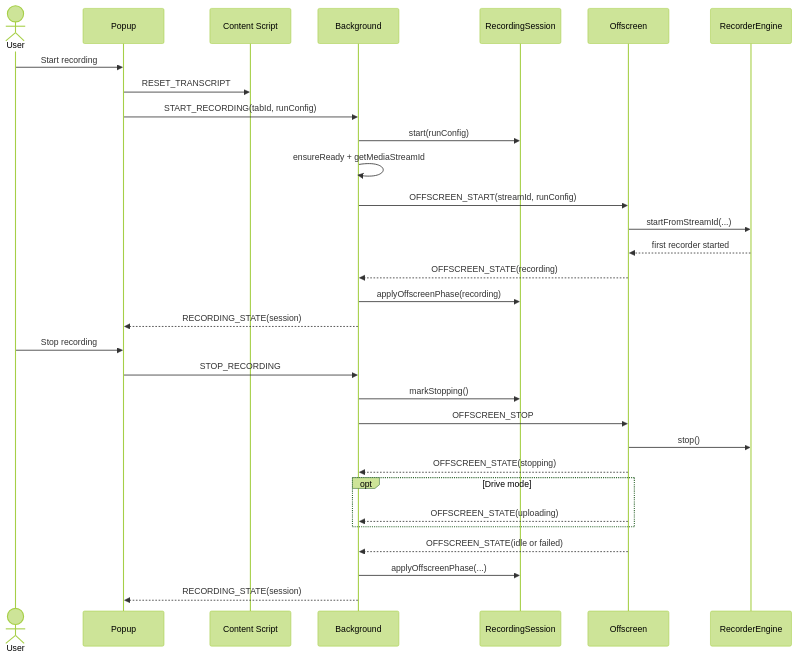
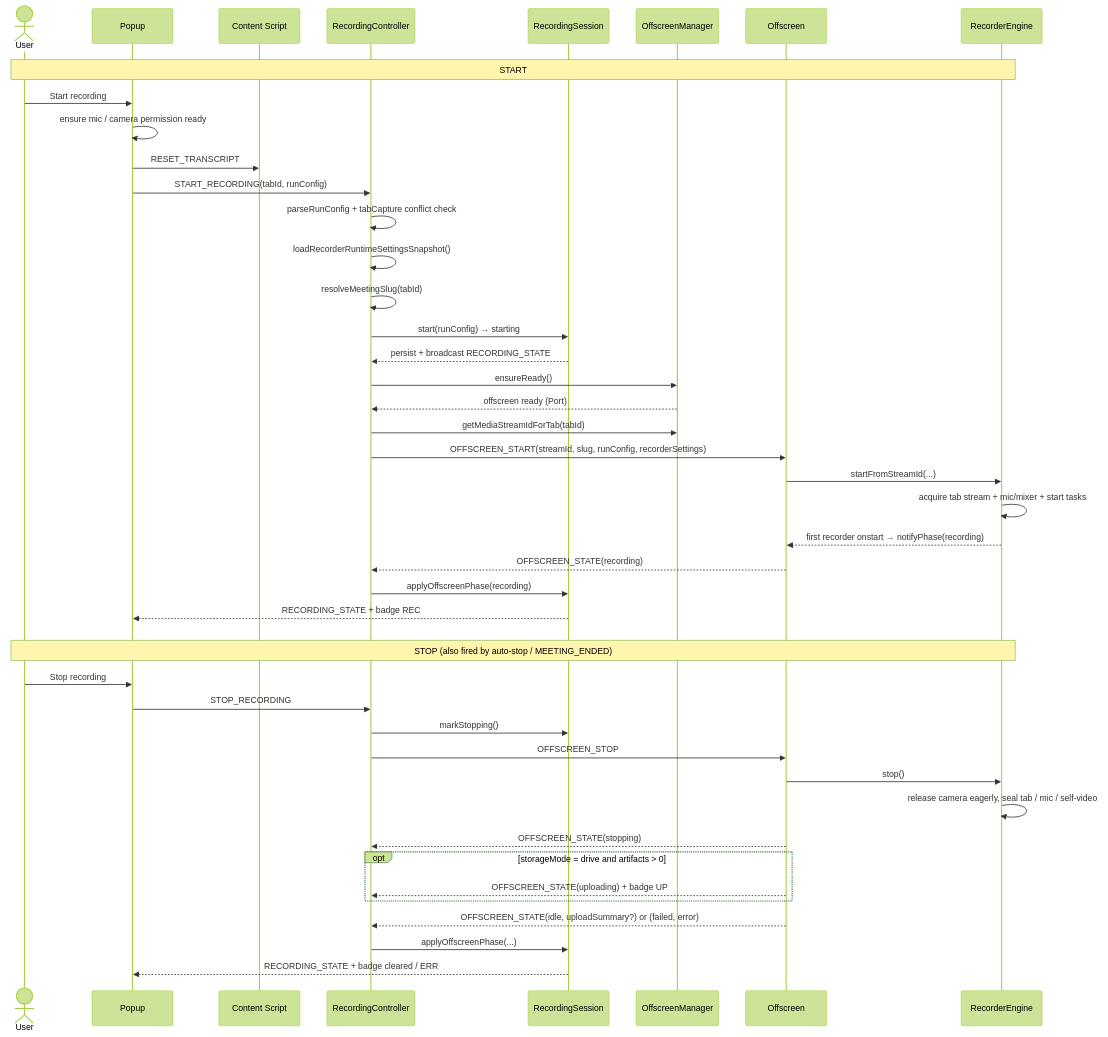
One commit to kstroevsky/chrome-meeting-recording-extension changed the fourth of 17 diagrams in README.md. Above: the diagram before and after it, drawn with Mermaid (forest theme). The commit also changed other lines of this file, not shown here.

Commit message:
Docs: Update mermaid diagrams

````diff
--- a/README.md
+++ b/README.md
@@ -1011,35 +1159,51 @@
 ```mermaid
 sequenceDiagram
     actor User
     participant P as Popup
     participant C as Content Script
-    participant B as Background
+    participant B as RecordingController
     participant S as RecordingSession
+    participant OM as OffscreenManager
     participant O as Offscreen
     participant E as RecorderEngine
 
+    rect rgba(238,246,255,0)
+    note over User,E: START
     User->>P: Start recording
+    P->>P: ensure mic / camera permission ready
     P->>C: RESET_TRANSCRIPT
     P->>B: START_RECORDING(tabId, runConfig)
-    B->>S: start(runConfig)
-    B->>B: ensureReady + getMediaStreamId
-    B->>O: OFFSCREEN_START(streamId, runConfig)
+    B->>B: parseRunConfig + tabCapture conflict check
+    B->>B: loadRecorderRuntimeSettingsSnapshot()
+    B->>B: resolveMeetingSlug(tabId)
+    B->>S: start(runConfig) → starting
+    S-->>B: persist + broadcast RECORDING_STATE
+    B->>OM: ensureReady()
+    OM-->>B: offscreen ready (Port)
+    B->>OM: getMediaStreamIdForTab(tabId)
+    B->>O: OFFSCREEN_START(streamId, slug, runConfig, recorderSettings)
     O->>E: startFromStreamId(...)
-    E-->>O: first recorder started
+    E->>E: acquire tab stream + mic/mixer + start tasks
+    E-->>O: first recorder onstart → notifyPhase(recording)
     O-->>B: OFFSCREEN_STATE(recording)
     B->>S: applyOffscreenPhase(recording)
-    B-->>P: RECORDING_STATE(session)
+    S-->>P: RECORDING_STATE + badge REC
+    end
 
+    rect rgba(255,245,238,0)
+    note over User,E: STOP (also fired by auto-stop / MEETING_ENDED)
     User->>P: Stop recording
     P->>B: STOP_RECORDING
     B->>S: markStopping()
     B->>O: OFFSCREEN_STOP
     O->>E: stop()
+    E->>E: release camera eagerly, seal tab / mic / self-video
     O-->>B: OFFSCREEN_STATE(stopping)
-    opt Drive mode
-        O-->>B: OFFSCREEN_STATE(uploading)
+    opt storageMode = drive and artifacts > 0
+        O-->>B: OFFSCREEN_STATE(uploading) + badge UP
     end
-    O-->>B: OFFSCREEN_STATE(idle or failed)
+    O-->>B: OFFSCREEN_STATE(idle, uploadSummary?) or (failed, error)
     B->>S: applyOffscreenPhase(...)
-    B-->>P: RECORDING_STATE(session)
+    S-->>P: RECORDING_STATE + badge cleared / ERR
+    end
 ```
````
